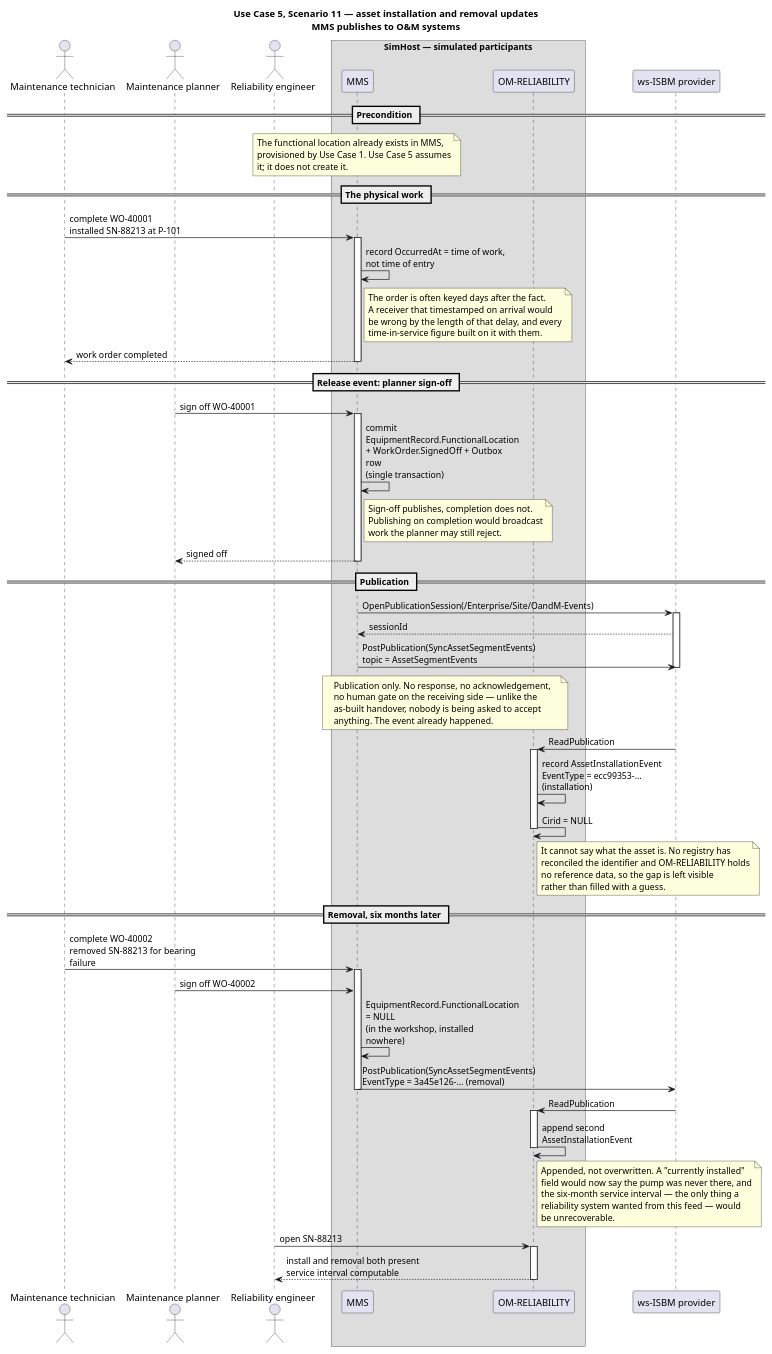
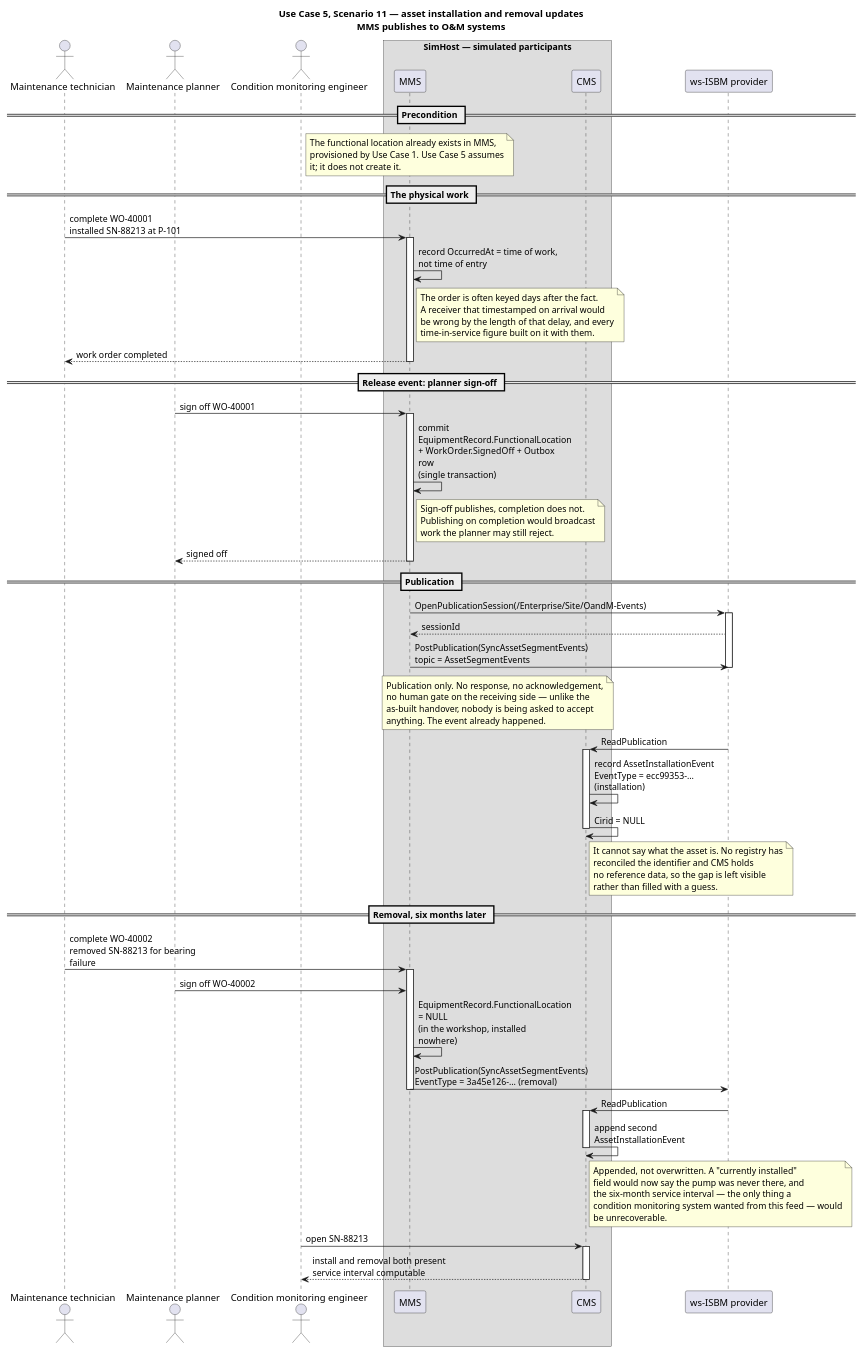
The diagram in docs/sequence-sc11-asset-install.puml (hretief/OIIE), drawn with PlantUML before and after one commit. The commit also changed 42 other files, not shown here.

```diff
--- a/docs/sequence-sc11-asset-install.puml
+++ b/docs/sequence-sc11-asset-install.puml
@@ -1,114 +1,114 @@
 @startuml sc11-asset-install
 title Use Case 5, Scenario 11 — asset installation and removal updates\nMMS publishes to O&M systems
 
 skinparam responseMessageBelowArrow true
 skinparam sequenceMessageAlign left
 skinparam maxMessageSize 220
 skinparam ParticipantPadding 12
 skinparam BoxPadding 12
 
 actor "Maintenance technician" as TechUser
 actor "Maintenance planner" as PlannerUser
-actor "Reliability engineer" as RelUser
+actor "Condition monitoring engineer" as RelUser
 
 box "SimHost — simulated participants"
   participant "MMS" as MMS
-  participant "OM-RELIABILITY" as OM
+  participant "CMS" as OM
 end box
 
 participant "ws-ISBM provider" as ISBM
 
 ' Scenario 10 would place an I&C Device Monitoring System here, sensing the
 ' physical change and giving MMS an independent confirmation to reconcile
 ' against. It is deliberately out of scope, so everything below rests on the
 ' technician's word alone.
 
 == Precondition ==
 
 note over MMS
   The functional location already exists in MMS,
   provisioned by Use Case 1. Use Case 5 assumes
   it; it does not create it.
 end note
 
 == The physical work ==
 
 TechUser -> MMS : complete WO-40001\ninstalled SN-88213 at P-101
 activate MMS
 MMS -> MMS : record OccurredAt = time of work,\nnot time of entry
 note right of MMS
   The order is often keyed days after the fact.
   A receiver that timestamped on arrival would
   be wrong by the length of that delay, and every
   time-in-service figure built on it with them.
 end note
 MMS --> TechUser : work order completed
 deactivate MMS
 
 == Release event: planner sign-off ==
 
 PlannerUser -> MMS : sign off WO-40001
 activate MMS
 MMS -> MMS : commit EquipmentRecord.FunctionalLocation\n+ WorkOrder.SignedOff + Outbox row\n(single transaction)
 note right of MMS
   Sign-off publishes, completion does not.
   Publishing on completion would broadcast
   work the planner may still reject.
 end note
 MMS --> PlannerUser : signed off
 deactivate MMS
 
 == Publication ==
 
 MMS -> ISBM : OpenPublicationSession(/Enterprise/Site/OandM-Events)
 activate ISBM
 ISBM --> MMS : sessionId
 MMS -> ISBM : PostPublication(SyncAssetSegmentEvents)\ntopic = AssetSegmentEvents
 deactivate ISBM
 
 note over MMS, OM
   Publication only. No response, no acknowledgement,
   no human gate on the receiving side — unlike the
   as-built handover, nobody is being asked to accept
   anything. The event already happened.
 end note
 
 ISBM -> OM : ReadPublication
 activate OM
 OM -> OM : record AssetInstallationEvent\nEventType = ecc99353-… (installation)
 OM -> OM : Cirid = NULL
 note right of OM
   It cannot say what the asset is. No registry has
-  reconciled the identifier and OM-RELIABILITY holds
+  reconciled the identifier and CMS holds
   no reference data, so the gap is left visible
   rather than filled with a guess.
 end note
 deactivate OM
 
 == Removal, six months later ==
 
 TechUser -> MMS : complete WO-40002\nremoved SN-88213 for bearing failure
 activate MMS
 PlannerUser -> MMS : sign off WO-40002
 MMS -> MMS : EquipmentRecord.FunctionalLocation = NULL\n(in the workshop, installed nowhere)
 MMS -> ISBM : PostPublication(SyncAssetSegmentEvents)\nEventType = 3a45e126-… (removal)
 deactivate MMS
 
 ISBM -> OM : ReadPublication
 activate OM
 OM -> OM : append second AssetInstallationEvent
 note right of OM
   Appended, not overwritten. A "currently installed"
   field would now say the pump was never there, and
   the six-month service interval — the only thing a
-  reliability system wanted from this feed — would
+  condition monitoring system wanted from this feed — would
   be unrecoverable.
 end note
 deactivate OM
 
 RelUser -> OM : open SN-88213
 activate OM
 OM --> RelUser : install and removal both present\nservice interval computable
 deactivate OM
 
 @enduml
```
